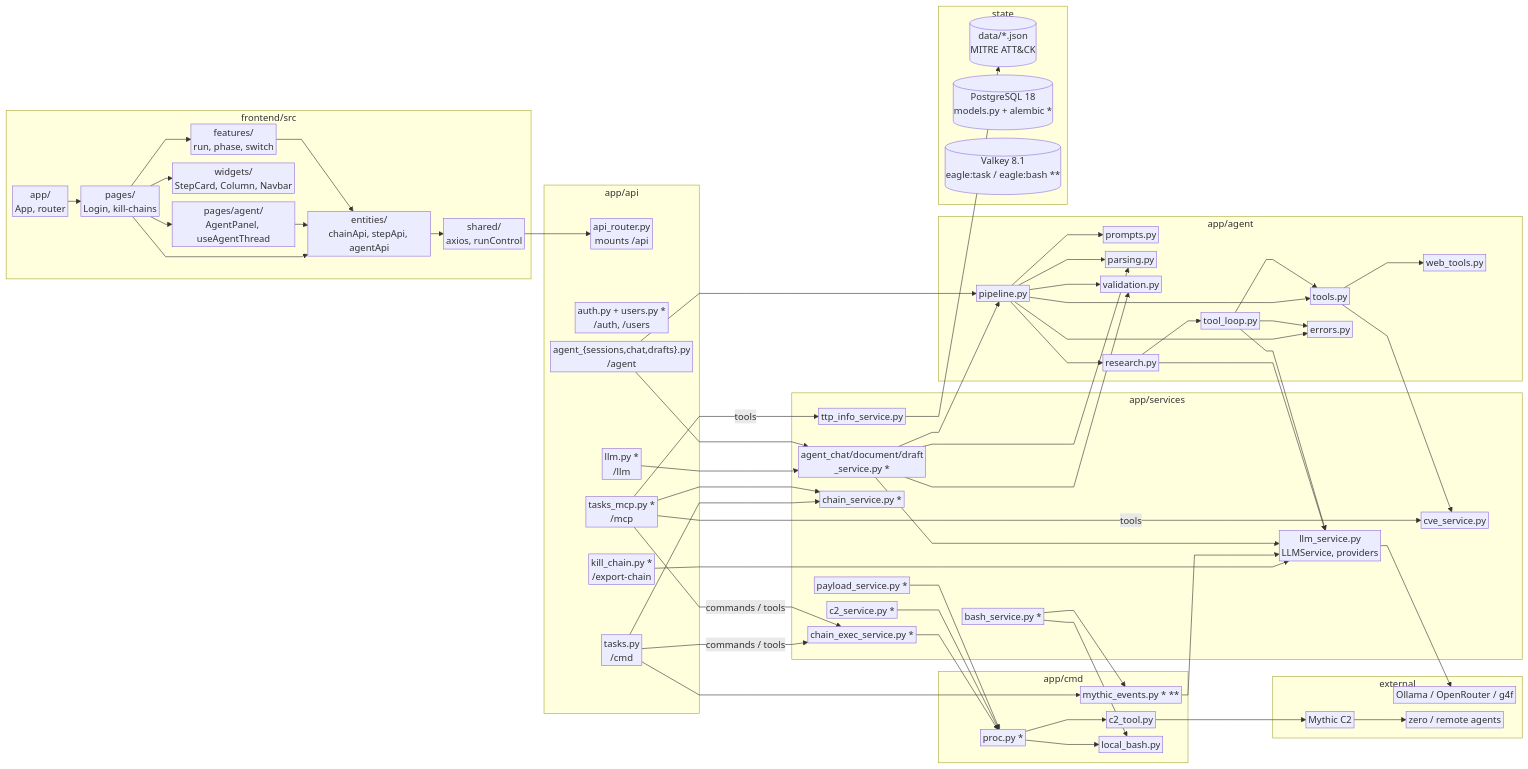
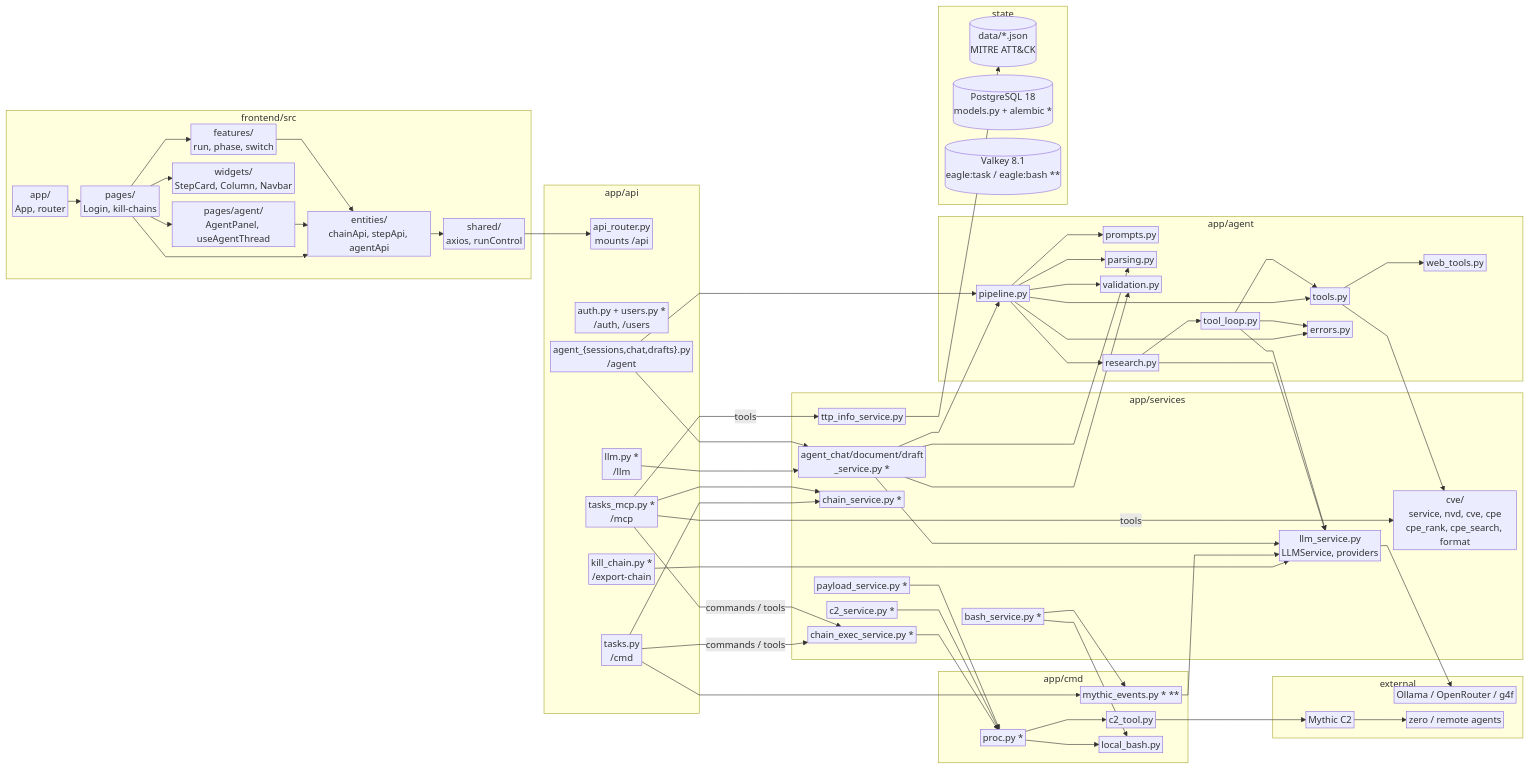
One commit to eogod/EAGLE changed the first of 2 diagrams in docs/architecture.md. Above: the diagram before and after it, drawn with Mermaid. The commit also changed other lines of this file and 2 other files, not shown here.

```diff
--- a/docs/architecture.md
+++ b/docs/architecture.md
@@ -54,7 +54,7 @@
         llm_svc["llm_service.py<br/>LLMService, providers"]
         agent_svc["agent_chat/document/draft<br/>_service.py *"]
         ttp_svc["ttp_info_service.py"]
-        cve_svc["cve_service.py"]
+        cve_svc["cve/<br/>service, nvd, cve, cpe<br/>cpe_rank, cpe_search, format"]
         chain_svc["chain_service.py *"]
         c2_svc["c2_service.py *"]
         payload_svc["payload_service.py *"]
```
